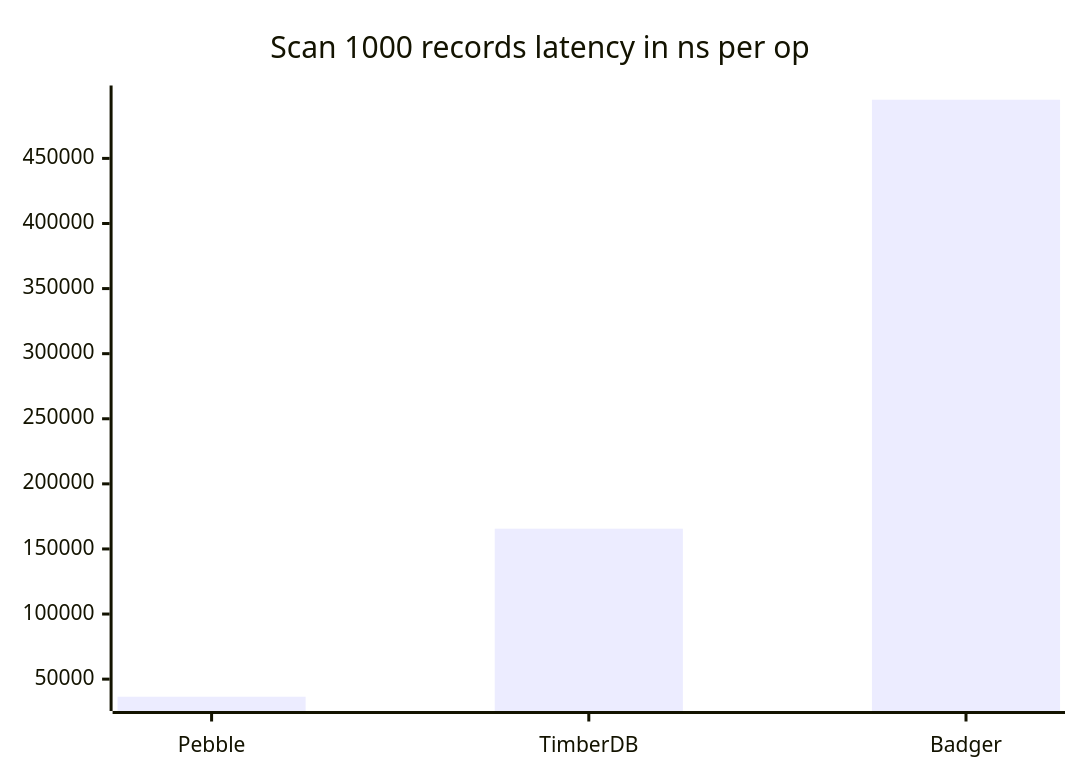
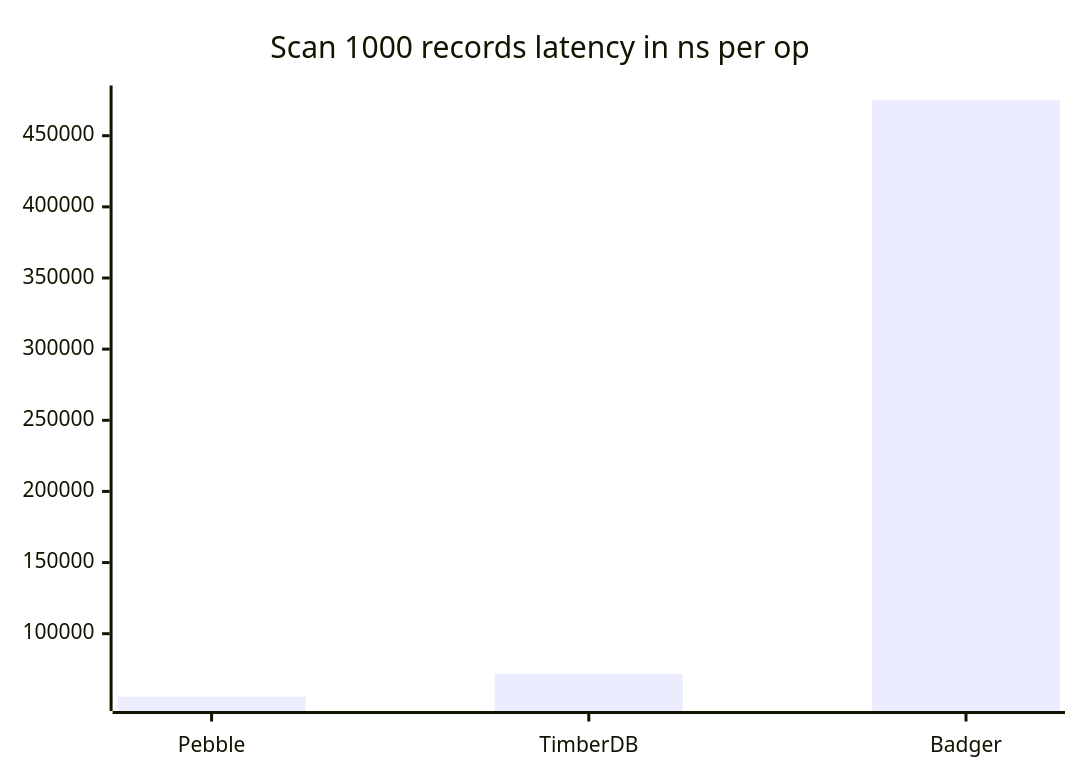
The third of 3 diagrams in README.md (ngaddam369/timberdb), drawn with Mermaid before and after one commit. The commit also changed other lines of this file and 18 other files, not shown here.

````diff
--- a/README.md
+++ b/README.md
@@ -77,6 +77,6 @@
 ```mermaid
 xychart-beta
     title "Scan 1000 records latency in ns per op"
     x-axis [Pebble, TimberDB, Badger]
-    bar [36470, 165579, 495048]
+    bar [55699, 71962, 475271]
 ```
````
